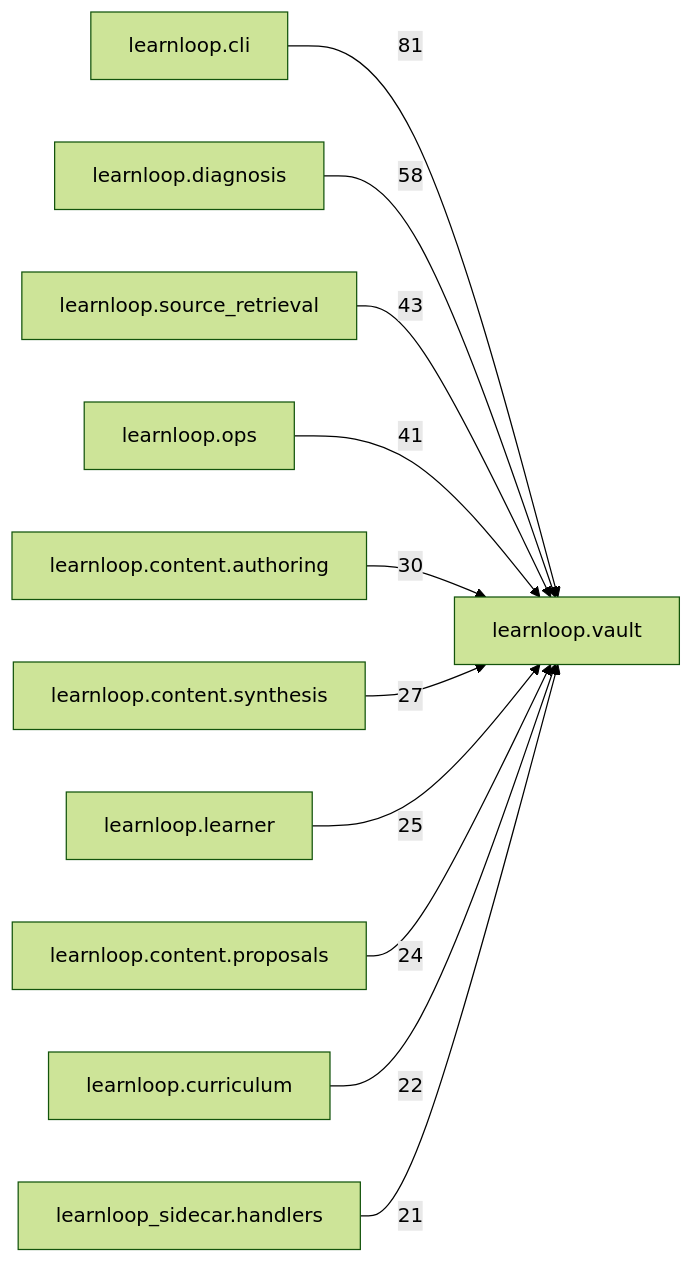
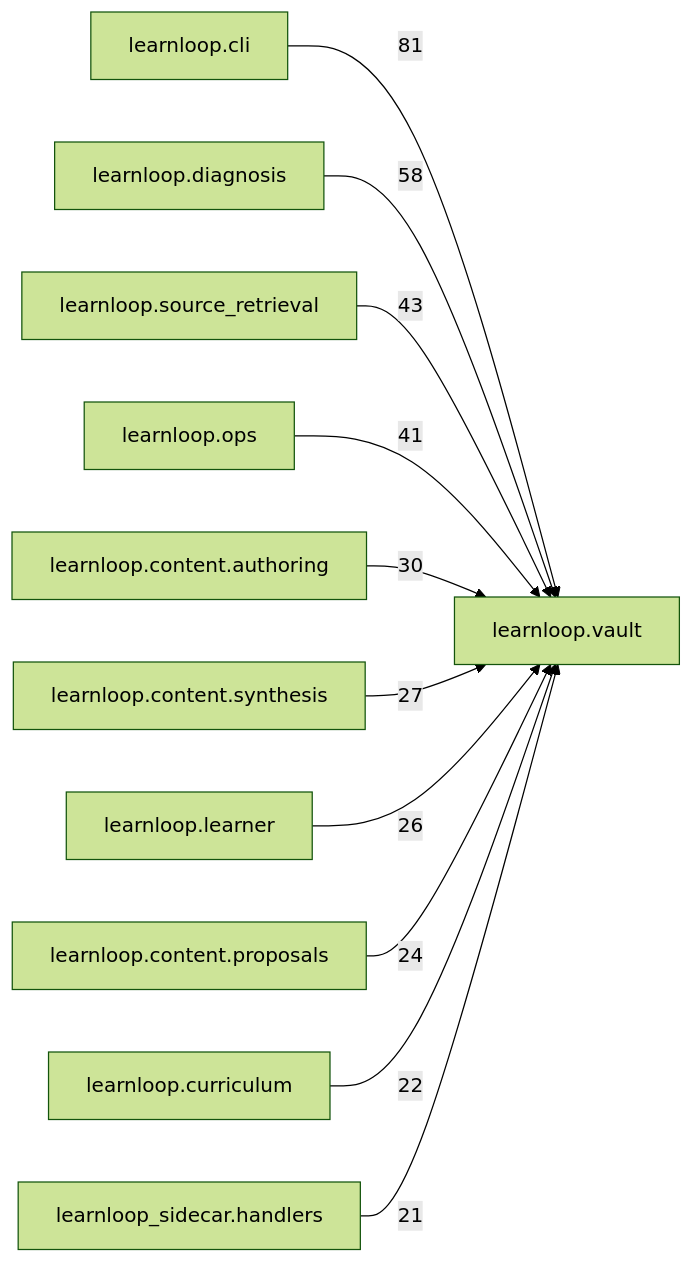
Before and after one commit to 6up-b/learnanything: the diagram in docs/learnloop-architecture-vault/Reference/Modules/learnloop/vault/_package.md, drawn with Mermaid (forest theme). The commit also changed other lines of this file and 44 other files, not shown here.

````diff
--- a/docs/learnloop-architecture-vault/Reference/Modules/learnloop/vault/_package.md
+++ b/docs/learnloop-architecture-vault/Reference/Modules/learnloop/vault/_package.md
@@ -137,24 +137,24 @@
 ```mermaid
 flowchart LR
     center["learnloop.vault"]
     n_learnloop_cli["learnloop.cli"]
     n_learnloop_diagnosis["learnloop.diagnosis"]
     n_learnloop_source_retrieval["learnloop.source_retrieval"]
     n_learnloop_ops["learnloop.ops"]
     n_learnloop_content_authoring["learnloop.content.authoring"]
     n_learnloop_content_synthesis["learnloop.content.synthesis"]
     n_learnloop_learner["learnloop.learner"]
     n_learnloop_content_proposals["learnloop.content.proposals"]
     n_learnloop_curriculum["learnloop.curriculum"]
     n_learnloop_sidecar_handlers["learnloop_sidecar.handlers"]
     n_learnloop_cli -->|81| center
     n_learnloop_diagnosis -->|58| center
     n_learnloop_source_retrieval -->|43| center
     n_learnloop_ops -->|41| center
     n_learnloop_content_authoring -->|30| center
     n_learnloop_content_synthesis -->|27| center
-    n_learnloop_learner -->|25| center
+    n_learnloop_learner -->|26| center
     n_learnloop_content_proposals -->|24| center
     n_learnloop_curriculum -->|22| center
     n_learnloop_sidecar_handlers -->|21| center
 ```
````
